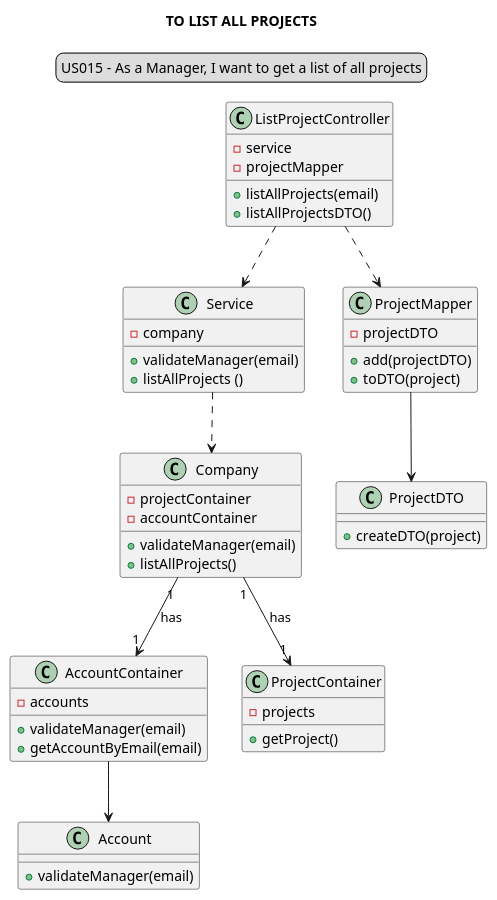
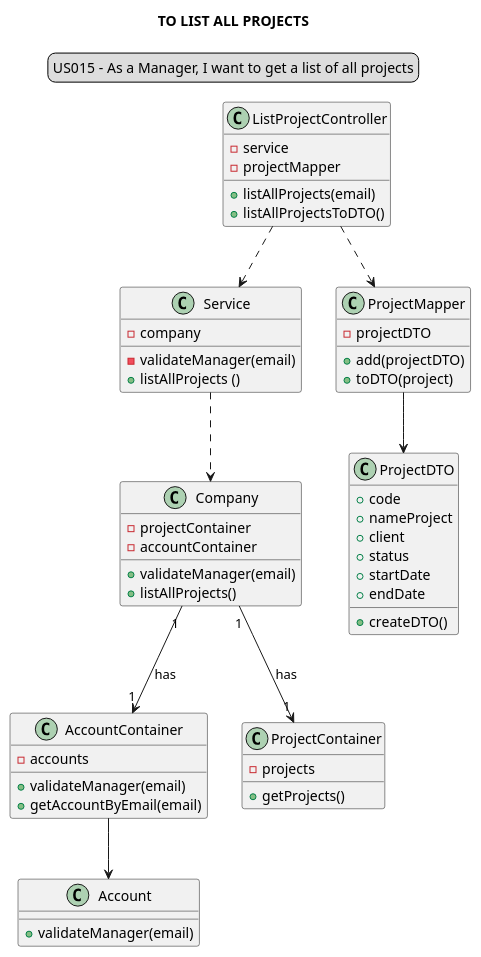
The diagram in docs/modelling_design/user_stories/us015/US015_classDiagram.puml (Loracline/project_switch_22-23), drawn with PlantUML before and after one commit.

Commit message:
US015:Design: refactor of class diagram, addition of attributes to ProjectDTO and rename of method getProjects of ProjectContainer

```diff
--- a/docs/modelling_design/user_stories/us015/US015_classDiagram.puml
+++ b/docs/modelling_design/user_stories/us015/US015_classDiagram.puml
@@ -1,62 +1,68 @@
 @startuml
 
 skinparam sequenceMessageAlign center
 title TO LIST ALL PROJECTS
 legend top
 US015 - As a Manager, I want to get a list of all projects
 end legend
 
 class "ListProjectController" {
 -service
 -projectMapper
 +listAllProjects(email)
-+listAllProjectsDTO()
++listAllProjectsToDTO()
 }
 
 class "Service" {
 - company
-+ validateManager(email)
+- validateManager(email)
 + listAllProjects ()
 }
 
 class "Company"{
 -projectContainer
 -accountContainer
 + validateManager(email)
 +listAllProjects()
 }
 
 class "AccountContainer"{
 -accounts
 +validateManager(email)
 +getAccountByEmail(email)
 }
 
 class "Account"{
 +validateManager(email)
 }
 
 class "ProjectContainer"{
 -projects
-+getProject()
++getProjects()
 }
 
 class "ProjectMapper"{
 -projectDTO
 +add(projectDTO)
 +toDTO(project)
 }
 
 class "ProjectDTO" {
-+createDTO(project)
++code
++nameProject
++client
++status
++startDate
++endDate
++createDTO()
 }
 "ListProjectController" ..> "Service"
 "Service" ..> "Company"
 "ListProjectController" ..> "ProjectMapper"
 "Company" "1"-->"1" "ProjectContainer": has
 "Company" "1"-->"1" "AccountContainer": has
 "AccountContainer" --> "Account"
 "ProjectMapper" --> "ProjectDTO"
 
 
 @enduml
```
